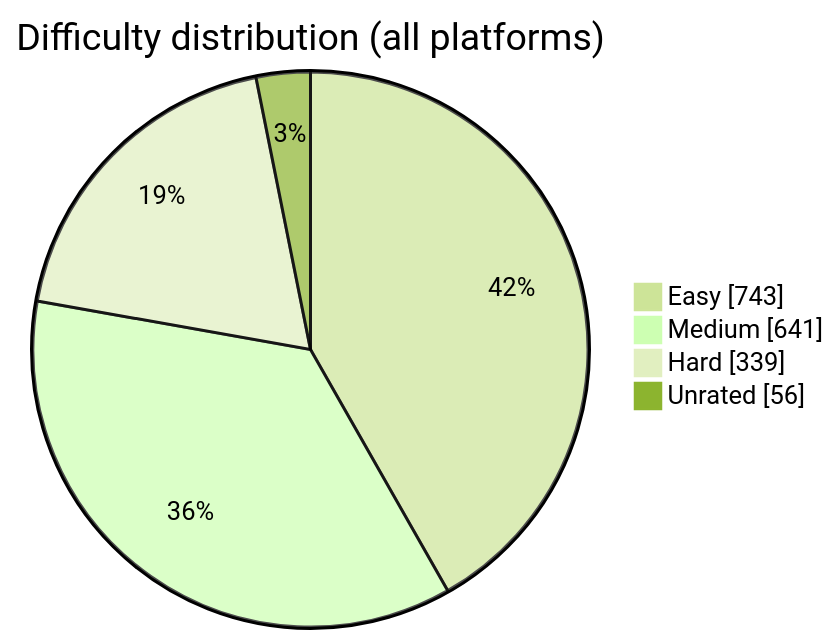
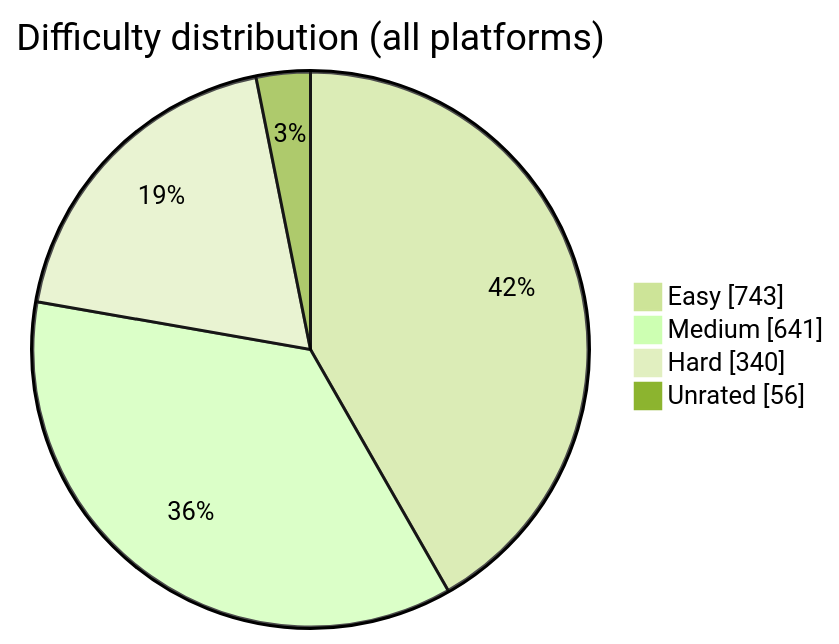
Before and after one commit to BuildbyArindam/Daily-Coding-Log: the diagram in README.md, drawn with Mermaid (forest theme). The commit also changed other lines of this file, not shown here.

````diff
--- a/README.md
+++ b/README.md
@@ -108,7 +108,7 @@
 ```mermaid
 pie showData title Difficulty distribution (all platforms)
     "Easy" : 743
     "Medium" : 641
-    "Hard" : 339
+    "Hard" : 340
     "Unrated" : 56
 ```
````
